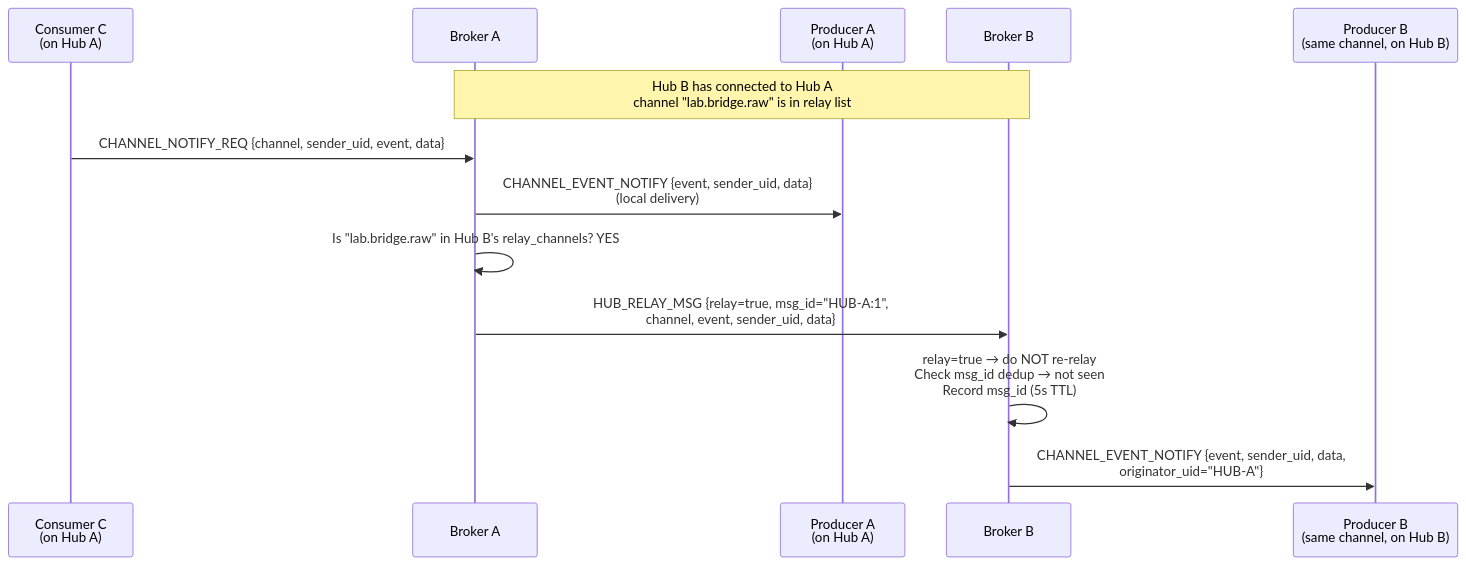
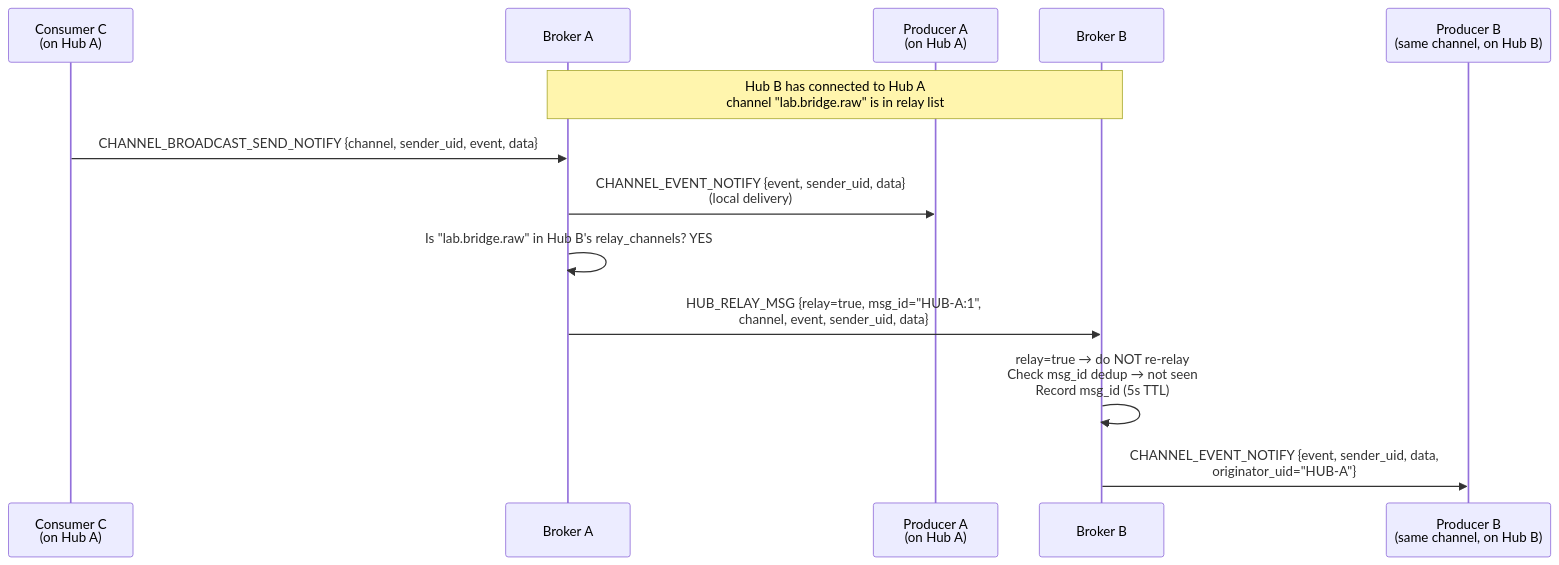
Before and after one commit to Qing-LAB/pylabhub: the fifth of 8 diagrams in docs/HEP/HEP-CORE-0022-Hub-Federation-Broadcast.md, drawn with Mermaid. The commit also changed other lines of this file and 4 other files, not shown here.

First line of the commit message:
docs: sweep residual old broadcast/notify message names across HEPs

````diff
--- a/docs/HEP/HEP-CORE-0022-Hub-Federation-Broadcast.md
+++ b/docs/HEP/HEP-CORE-0022-Hub-Federation-Broadcast.md
@@ -304,17 +316,17 @@
 ```mermaid
 sequenceDiagram
     participant C as Consumer C<br/>(on Hub A)
     participant HA as Broker A
     participant PA as Producer A<br/>(on Hub A)
     participant HB as Broker B
     participant PB as Producer B<br/>(same channel, on Hub B)
 
     Note over HA,HB: Hub B has connected to Hub A<br/>channel "lab.bridge.raw" is in relay list
 
-    C->>HA: CHANNEL_NOTIFY_REQ {channel, sender_uid, event, data}
+    C->>HA: CHANNEL_BROADCAST_SEND_NOTIFY {channel, sender_uid, event, data}
     HA->>PA: CHANNEL_EVENT_NOTIFY {event, sender_uid, data}<br/>(local delivery)
     HA->>HA: Is "lab.bridge.raw" in Hub B's relay_channels?  YES
     HA->>HB: HUB_RELAY_MSG {relay=true, msg_id="HUB-A:1",<br/>channel, event, sender_uid, data}
     HB->>HB: relay=true → do NOT re-relay<br/>Check msg_id dedup → not seen<br/>Record msg_id (5s TTL)
     HB->>PB: CHANNEL_EVENT_NOTIFY {event, sender_uid, data,<br/>originator_uid="HUB-A"}
 ```
````
